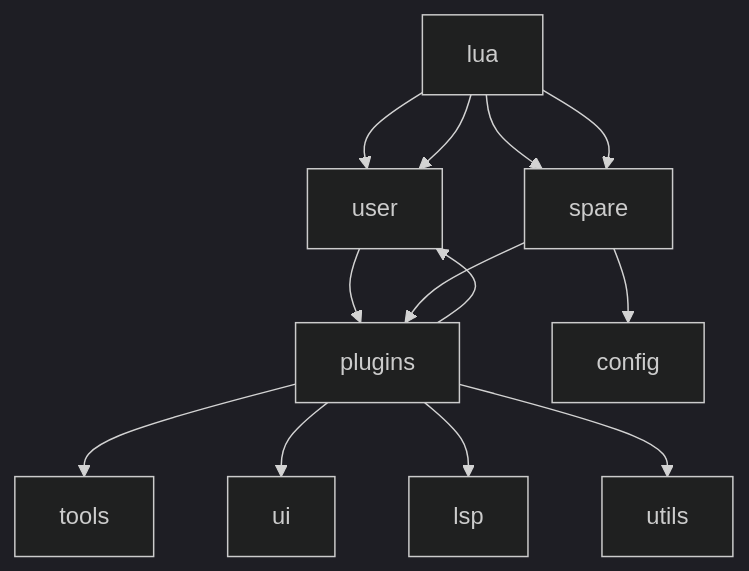
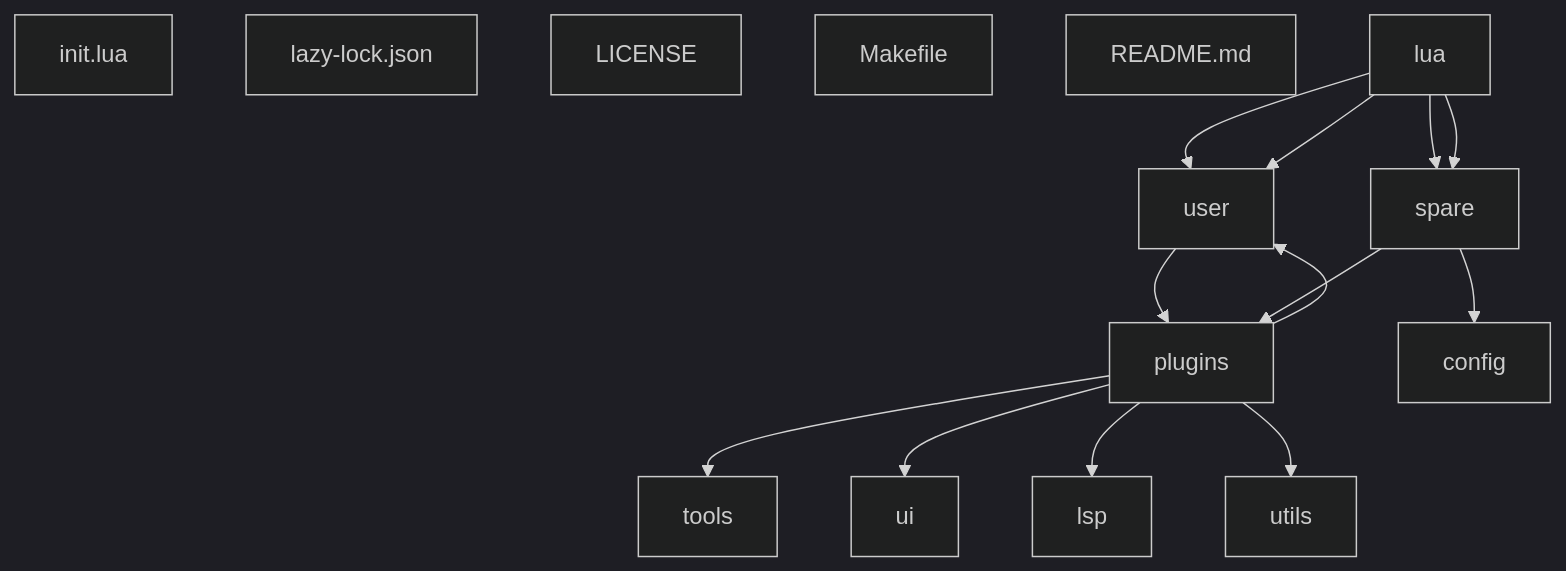
One commit to the-essence-of-life/sparenvim changed the first of 3 diagrams in README.md. Above: the diagram before and after it, drawn with Mermaid (dark theme).

````diff
--- a/README.md
+++ b/README.md
@@ -196,15 +188,20 @@
 ```mermaid
 flowchart TB;
+    init.lua;
+    lazy-lock.json;
+    LICENSE;
+    Makefile;
+    README.md;
     lua-->user;
     lua-->spare;
     lua-->user;
     user-->plugins;
     lua-->spare;
     spare-->plugins;
     spare-->config;
     plugins-->tools;
     plugins-->ui;
     plugins-->lsp;
     plugins-->utils;
     plugins-->user;
 ```
````
